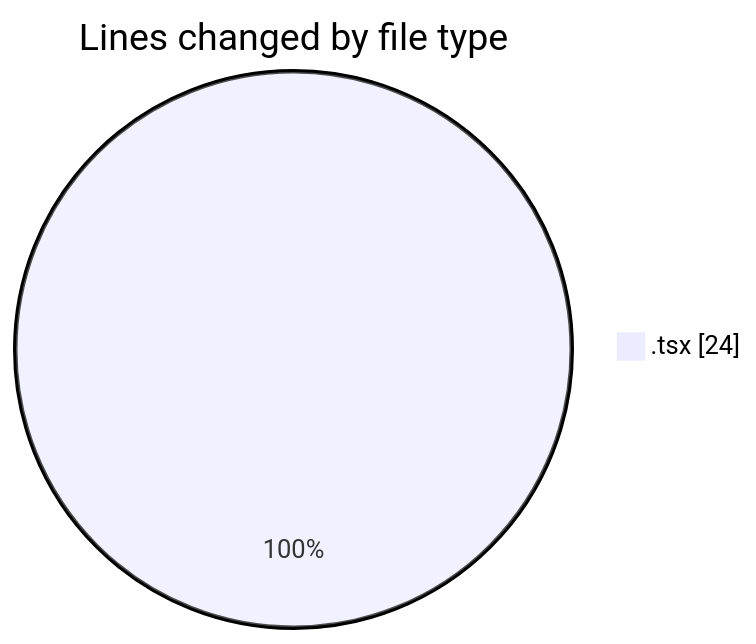
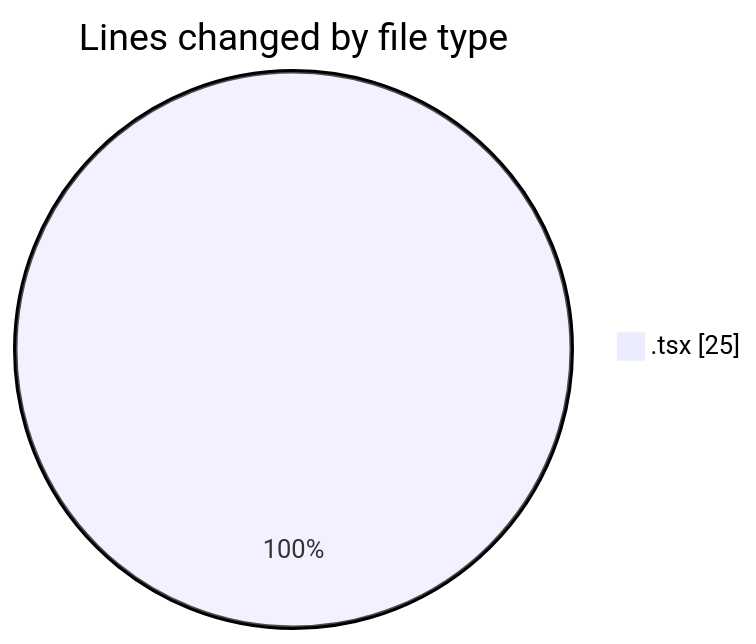
The first of 2 diagrams in 2025-02-08/portofolio/README.md (donsfak/code-tracking), drawn with Mermaid before and after one commit. The commit also changed other lines of this file and 1 other file, not shown here.

````diff
--- a/2025-02-08/portofolio/README.md
+++ b/2025-02-08/portofolio/README.md
@@ -20,5 +20,5 @@
 ```mermaid
 pie showData
 title Lines changed by file type
-".tsx" : 24
+".tsx" : 25
 ```
````
